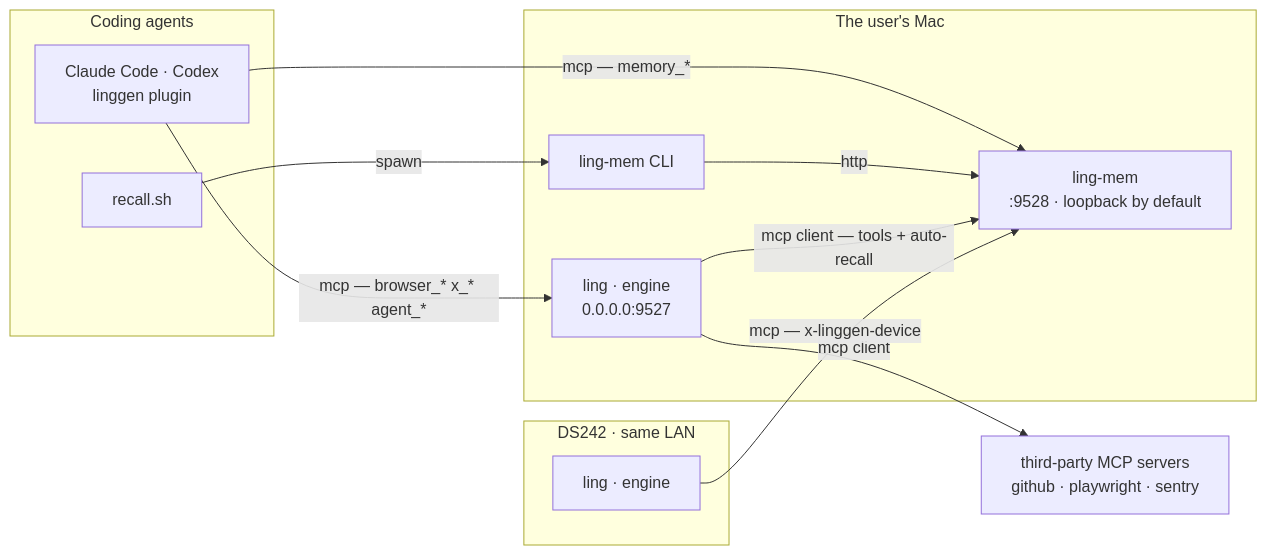
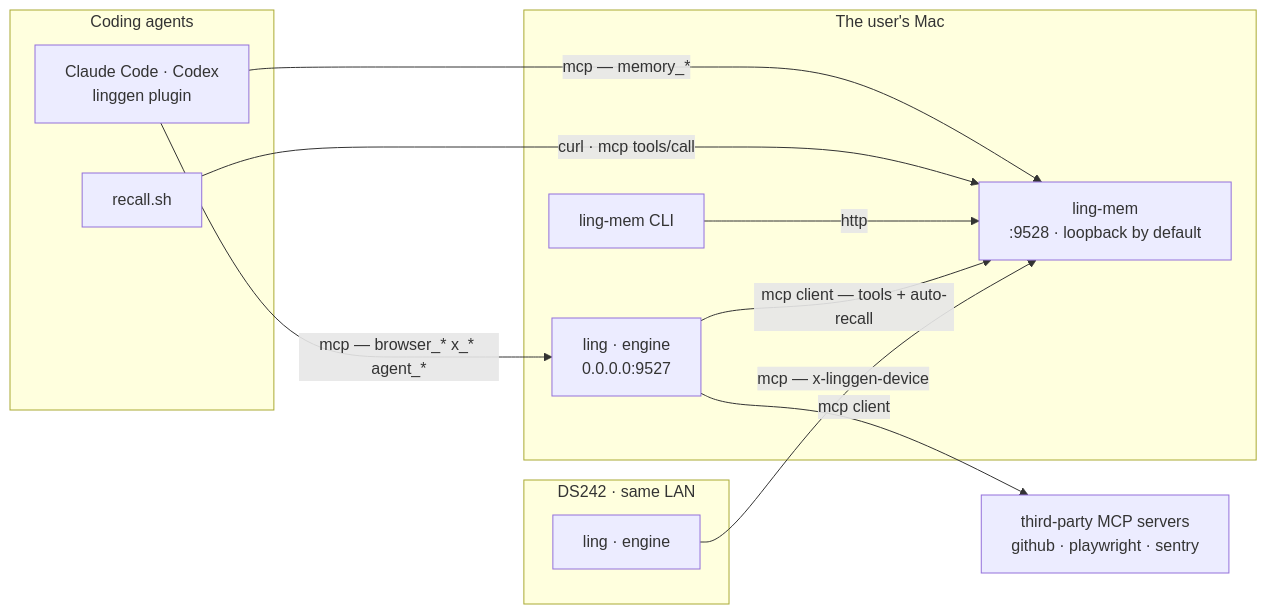
One commit to linggen/linggen changed the second of 2 diagrams in doc/network-spec.md. Above: the diagram before and after it, drawn with Mermaid. The commit also changed other lines of this file and 1 other file, not shown here.

First line of the commit message:
docs: a hook can't BE a tool call, but it can MAKE one

````diff
--- a/doc/network-spec.md
+++ b/doc/network-spec.md
@@ -77,27 +77,27 @@
 ```mermaid
 flowchart LR
   subgraph agents2["Coding agents"]
     cc2["Claude Code · Codex<br/>linggen plugin"]
     hooks2["recall.sh"]
   end
 
   subgraph mac2["The user's Mac"]
     ling2["ling · engine<br/>0.0.0.0:9527"]
     lingmem2["ling-mem<br/>:9528 · loopback by default"]
     cli2["ling-mem CLI"]
   end
 
   subgraph ds["DS242 · same LAN"]
     ds242["ling · engine"]
   end
 
   third["third-party MCP servers<br/>github · playwright · sentry"]
 
   cc2 -->|"mcp — browser_* x_* agent_*"| ling2
   cc2 -->|"mcp — memory_*"| lingmem2
-  hooks2 -->|spawn| cli2
+  hooks2 -->|"curl · mcp tools/call"| lingmem2
   cli2 -->|http| lingmem2
   ling2 -->|"mcp client — tools + auto-recall"| lingmem2
   ling2 -->|"mcp client"| third
   ds242 -->|"mcp — x-linggen-device"| lingmem2
 ```
````
